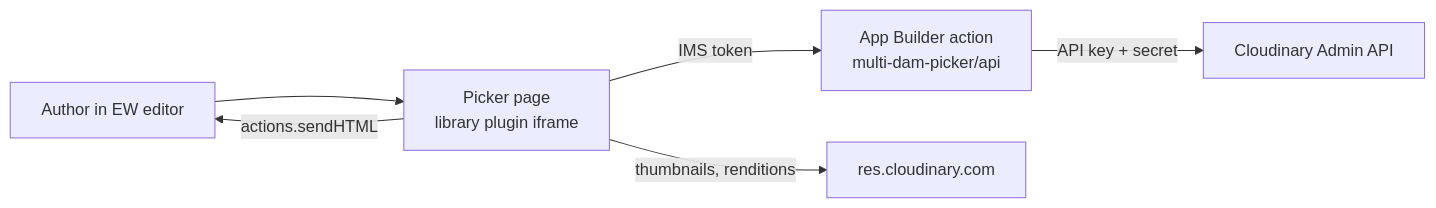
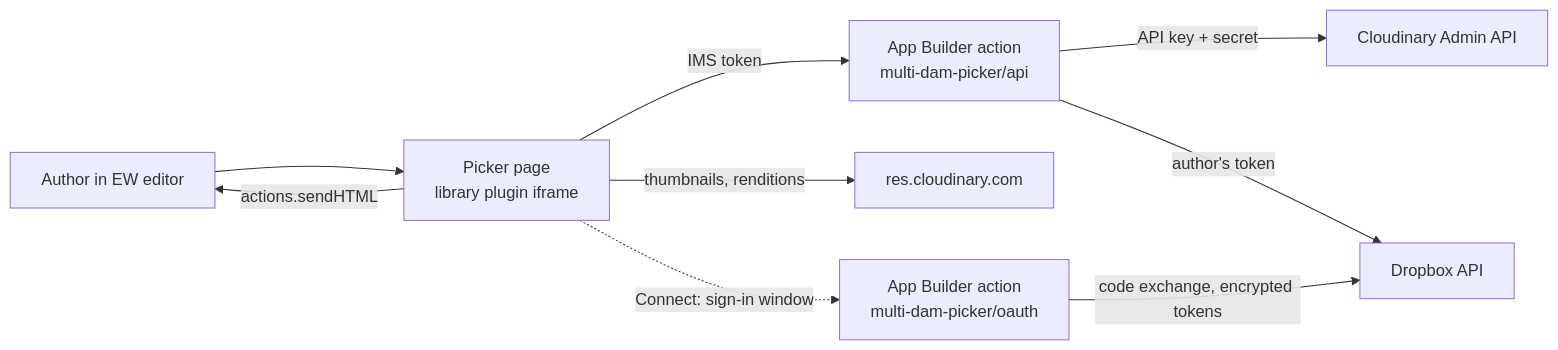
The diagram in apps/multi-dam-picker/README.md (jazhou-adobe/ew-extensions), drawn with Mermaid before and after one commit. The commit also changed other lines of this file and 60 other files, not shown here.

First line of the commit message:
feat(multi-dam-picker): Dropbox provider and per-user OAuth host

````diff
--- a/apps/multi-dam-picker/README.md
+++ b/apps/multi-dam-picker/README.md
@@ -17,8 +21,11 @@
 ```mermaid
 flowchart LR
   A[Author in EW editor] --> P[Picker page<br/>library plugin iframe]
   P -- "IMS token" --> W[App Builder action<br/>multi-dam-picker/api]
   W -- "API key + secret" --> C[Cloudinary Admin API]
   P -- "thumbnails, renditions" --> CDN[res.cloudinary.com]
   P -- "actions.sendHTML" --> A
+  P -. "Connect: sign-in window" .-> O[App Builder action<br/>multi-dam-picker/oauth]
+  O -- "code exchange, encrypted tokens" --> D[Dropbox API]
+  W -- "author's token" --> D
 ```
````
